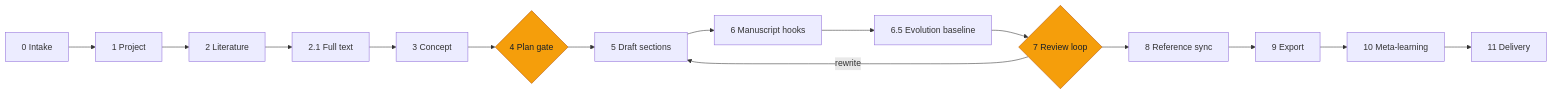
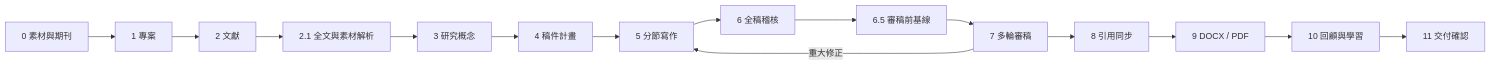
Before and after one commit to u9401066/med-paper-assistant: the first of 2 diagrams in docs/wiki/research-pipeline.md, drawn with Mermaid. The commit also changed other lines of this file and 10 other files, not shown here.

````diff
--- a/docs/wiki/research-pipeline.md
+++ b/docs/wiki/research-pipeline.md
@@ -7,20 +15,17 @@
 ```mermaid
 flowchart LR
-    P0[0 Intake] --> P1[1 Project]
-    P1 --> P2[2 Literature]
-    P2 --> P21[2.1 Full text]
-    P21 --> P3[3 Concept]
-    P3 --> P4{4 Plan gate}
-    P4 --> P5[5 Draft sections]
-    P5 --> P6[6 Manuscript hooks]
-    P6 --> P65[6.5 Evolution baseline]
-    P65 --> P7{7 Review loop}
-    P7 -->|rewrite| P5
-    P7 --> P8[8 Reference sync]
-    P8 --> P9[9 Export]
-    P9 --> P10[10 Meta-learning]
-    P10 --> P11[11 Delivery]
-
-    classDef gate fill:#f59e0b,color:#17202a,stroke:#b45309
-    class P4,P7 gate
+    P0[0 素材與期刊] --> P1[1 專案]
+    P1 --> P2[2 文獻]
+    P2 --> P21[2.1 全文與素材解析]
+    P21 --> P3[3 研究概念]
+    P3 --> P4[4 稿件計畫]
+    P4 --> P5[5 分節寫作]
+    P5 --> P6[6 全稿稽核]
+    P6 --> P65[6.5 審稿前基線]
+    P65 --> P7[7 多輪審稿]
+    P7 -->|重大修正| P5
+    P7 --> P8[8 引用同步]
+    P8 --> P9[9 DOCX / PDF]
+    P9 --> P10[10 回顧與學習]
+    P10 --> P11[11 交付確認]
 ```
````
